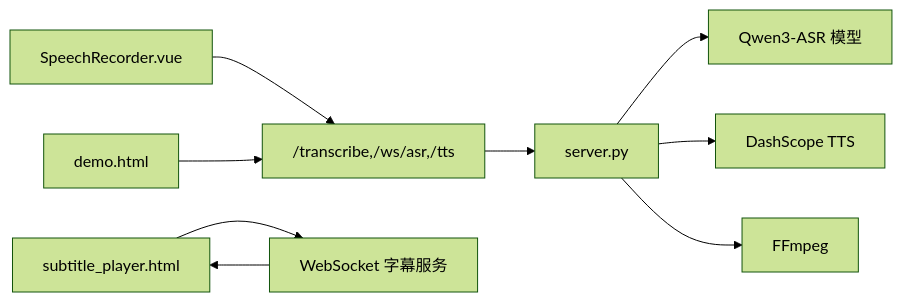
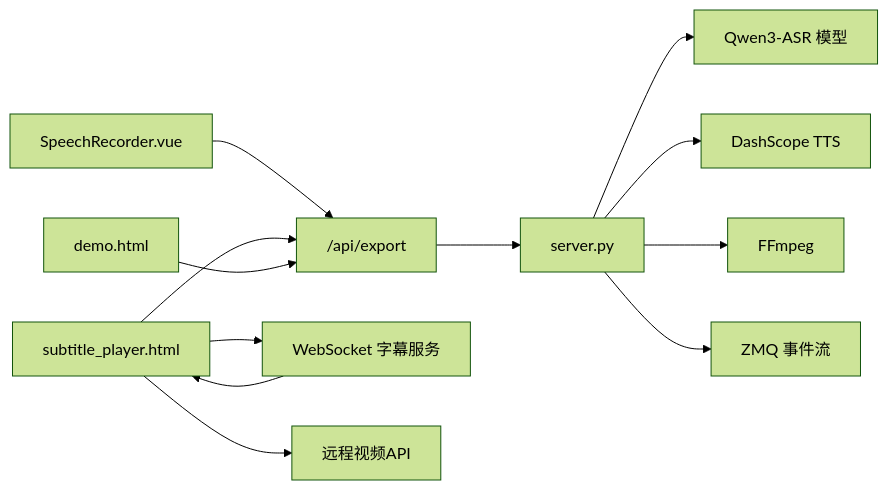
Before and after one commit to 1024dashen/Vue3Speech: the eighth of 8 diagrams in .qoder/repowiki/zh/content/前端组件集成/前端组件集成.md, drawn with Mermaid (forest theme). The commit also changed other lines of this file and 13 other files, not shown here.

````diff
--- a/.qoder/repowiki/zh/content/前端组件集成/前端组件集成.md
+++ b/.qoder/repowiki/zh/content/前端组件集成/前端组件集成.md
@@ -311,11 +365,14 @@
 ```mermaid
 graph LR
 VUE["SpeechRecorder.vue"] --> API["/transcribe,/ws/asr,/tts"]
 HTML["subtitle_player.html"] --> SUBWS["WebSocket 字幕服务"]
+HTML --> API["/api/export"]
 DEMO["demo.html"] --> API
 API --> SVR["server.py"]
 SUBWS --> HTML
+HTML --> VIDEOAPI["远程视频API"]
 SVR --> ASR["Qwen3-ASR 模型"]
 SVR --> TTS["DashScope TTS"]
 SVR --> FF["FFmpeg"]
+SVR --> ZMQ["ZMQ 事件流"]
 ```
````
